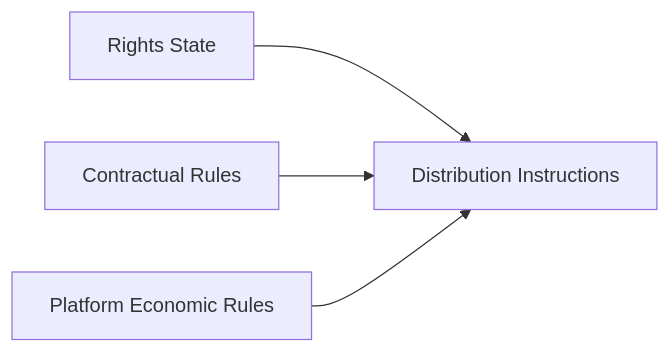
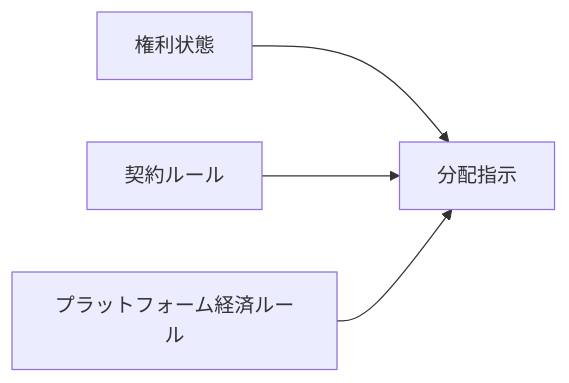
Before and after one commit to ShigeichiroYamasaki/creator-first-platform: the third of 5 diagrams in docs/adr/ADR-0003-rights-registry.md, drawn with Mermaid. The commit also changed other lines of this file and 72 other files, not shown here.

````diff
--- a/docs/adr/ADR-0003-rights-registry.md
+++ b/docs/adr/ADR-0003-rights-registry.md
@@ -291,11 +291,11 @@
 ```mermaid
 flowchart LR
-    RIGHTS[Rights State]
-    CONTRACT[Contractual Rules]
-    POLICY[Platform Economic Rules]
-    DIST[Distribution Instructions]
+    RIGHTS[権利状態]
+    CONTRACT[契約ルール]
+    POLICY[プラットフォーム経済ルール]
+    DIST[分配指示]
 
     RIGHTS --> DIST
     CONTRACT --> DIST
     POLICY --> DIST
 ```
````
